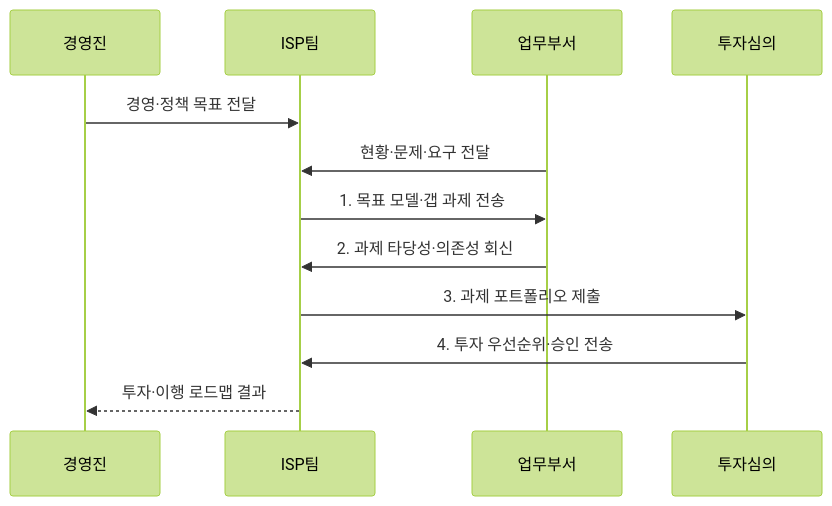
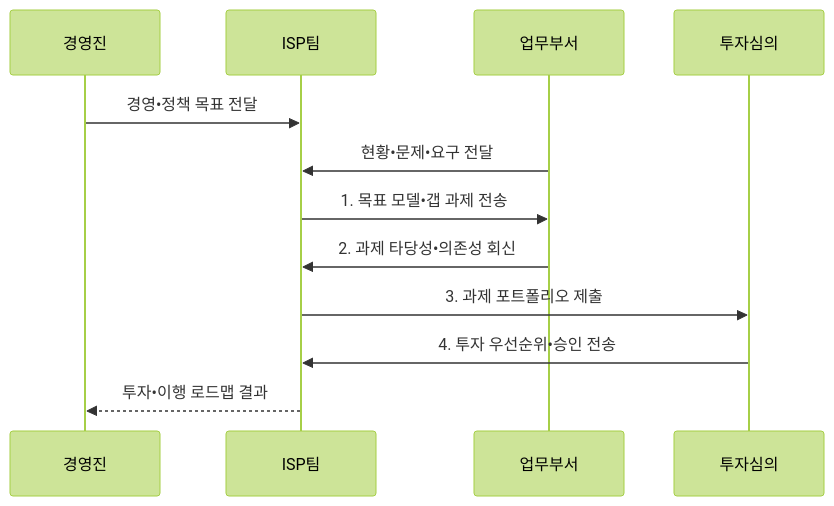
Before and after one commit to agnusdei1207/knowledge-base: the second of 2 diagrams in src/content/docs/notes/07-law-policy/002_information_strategy_plan_isp.md, drawn with Mermaid (forest theme). The commit also changed other lines of this file and 953 other files, not shown here.

````diff
--- a/src/content/docs/notes/07-law-policy/002_information_strategy_plan_isp.md
+++ b/src/content/docs/notes/07-law-policy/002_information_strategy_plan_isp.md
@@ -104,14 +104,14 @@
 ```mermaid
 sequenceDiagram
     participant M as 경영진
     participant I as ISP팀
     participant D as 업무부서
     participant P as 투자심의
-    M->>I: 경영·정책 목표 전달
-    D->>I: 현황·문제·요구 전달
-    I->>D: 1. 목표 모델·갭 과제 전송
-    D->>I: 2. 과제 타당성·의존성 회신
+    M->>I: 경영•정책 목표 전달
+    D->>I: 현황•문제•요구 전달
+    I->>D: 1. 목표 모델•갭 과제 전송
+    D->>I: 2. 과제 타당성•의존성 회신
     I->>P: 3. 과제 포트폴리오 제출
-    P->>I: 4. 투자 우선순위·승인 전송
-    I-->>M: 투자·이행 로드맵 결과
+    P->>I: 4. 투자 우선순위•승인 전송
+    I-->>M: 투자•이행 로드맵 결과
 ```
````
